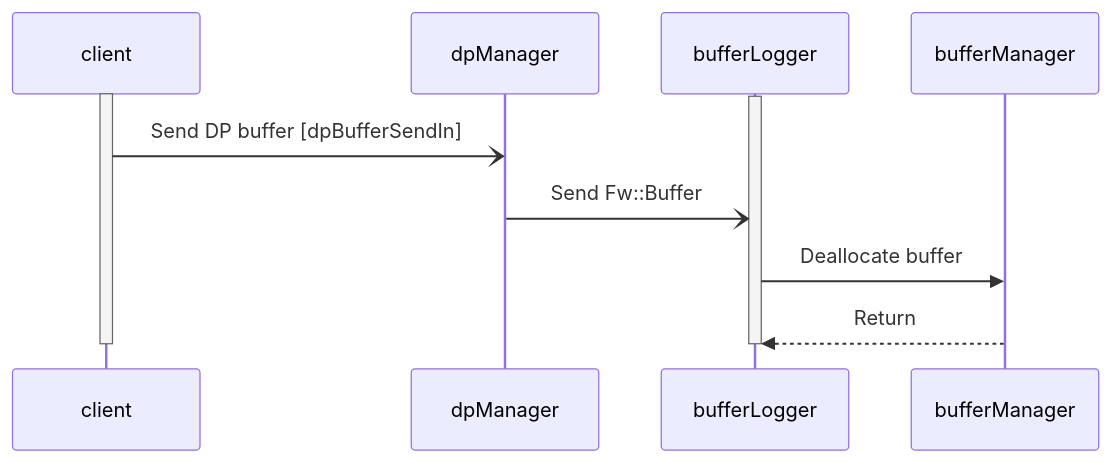
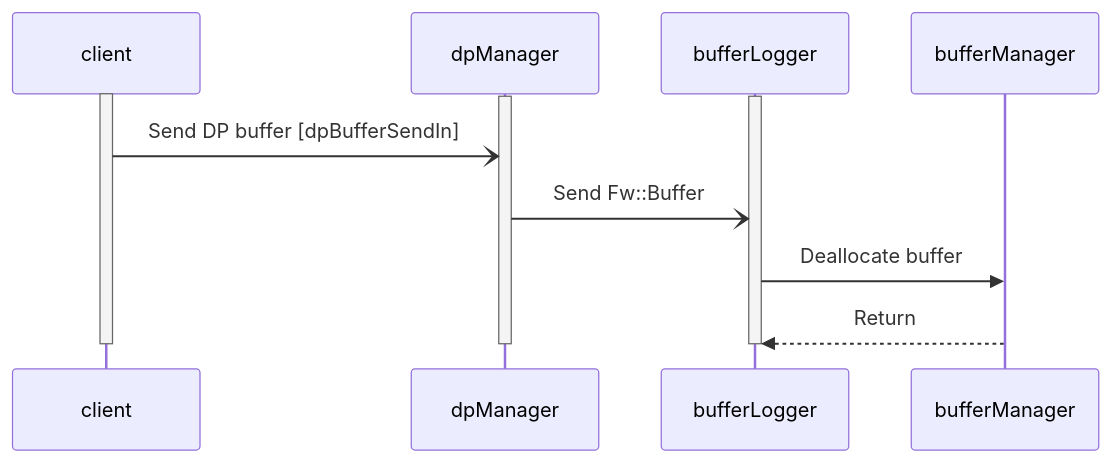
The second of 2 diagrams in Svc/DpManager/docs/sdd.md (bocchino/fprime), drawn with Mermaid before and after one commit. The commit also changed other lines of this file, not shown here.

Commit message:
Revise DpManager SDD

````diff
--- a/Svc/DpManager/docs/sdd.md
+++ b/Svc/DpManager/docs/sdd.md
@@ -173,11 +167,13 @@
 ```mermaid
 sequenceDiagram
     activate client
+    activate dpManager
     activate bufferLogger
     client-)dpManager: Send DP buffer [dpBufferSendIn]
     dpManager-)bufferLogger: Send Fw::Buffer
     bufferLogger->>bufferManager: Deallocate buffer
     bufferManager-->>bufferLogger: Return
     deactivate bufferLogger
+    deactivate dpManager
     deactivate client
 ```
````
